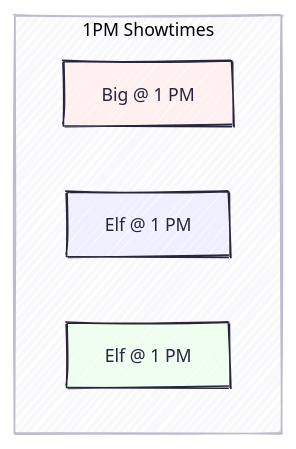
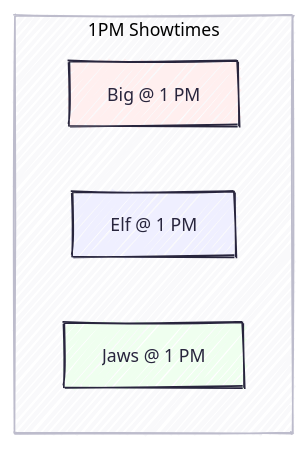
One commit to nurih/stream-processing-atlas-demo changed the second of 9 diagrams in lightning-talk/lightning-talk-charts.md. Above: the diagram before and after it, drawn with Mermaid. The commit also changed 3 other files, not shown here.

````diff
--- a/lightning-talk/lightning-talk-charts.md
+++ b/lightning-talk/lightning-talk-charts.md
@@ -48,16 +48,16 @@
 ```mermaid
 ---
 config:
   theme: redux
   look: handDrawn
 ---
 flowchart TD
   style T1 fill:#FFEFEF
   style T2 fill:#EFEFFF
   style T3 fill:#EFFFEF
   subgraph s1["1PM Showtimes"]
     T1["Big @ 1 PM"]
     T2["Elf @ 1 PM"]
-    T3["Elf @ 1 PM"]
+    T3["Jaws @ 1 PM"]
   end
 ```
````
